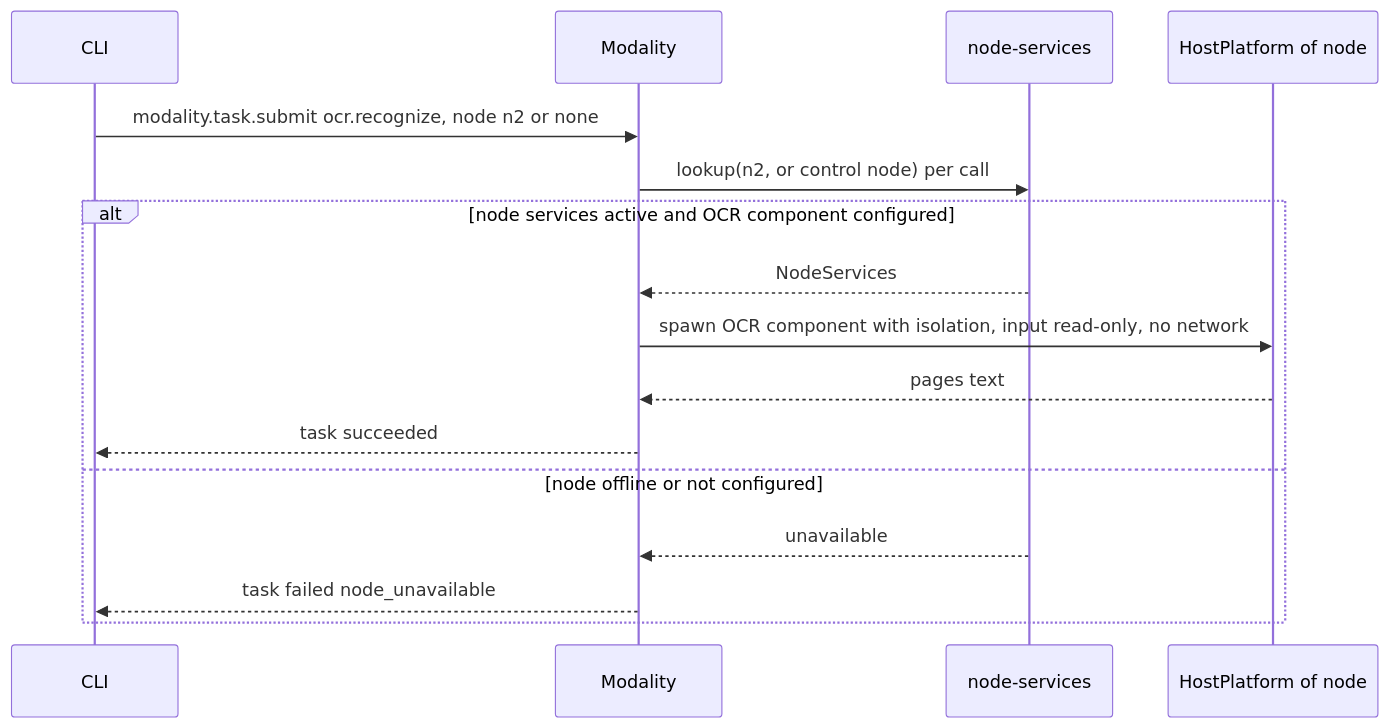
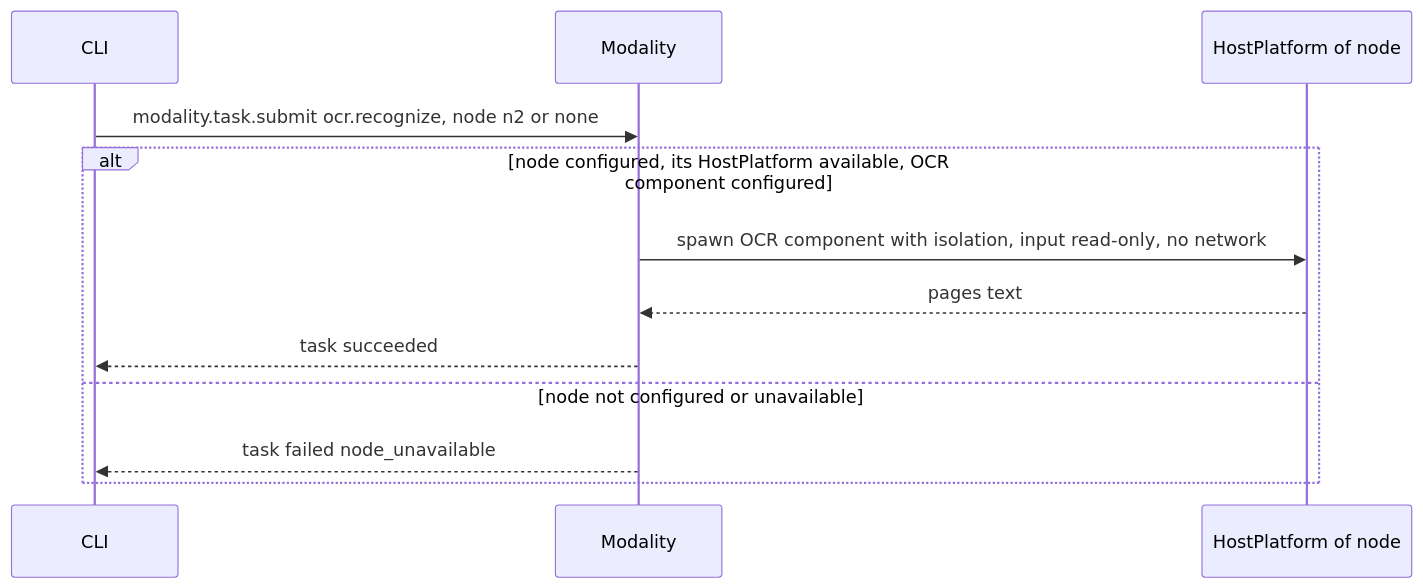
The fourth of 6 diagrams in docs/design/plugins/Modality.md (CoutinhoTTS/dim-agent), drawn with Mermaid before and after one commit. The commit also changed other lines of this file and 2 other files, not shown here.

Commit message:
docs(design): rescope Modality, PluginManager and RemoteGateway per ADR 002

````diff
--- a/docs/design/plugins/Modality.md
+++ b/docs/design/plugins/Modality.md
@@ -114,18 +109,14 @@
 ```mermaid
 sequenceDiagram
   participant C as CLI
   participant D as Modality
-  participant X as node-services
   participant H as HostPlatform of node
   C->>D: modality.task.submit ocr.recognize, node n2 or none
-  D->>X: lookup(n2, or control node) per call
-  alt node services active and OCR component configured
-    X-->>D: NodeServices
+  alt node configured, its HostPlatform available, OCR component configured
     D->>H: spawn OCR component with isolation, input read-only, no network
     H-->>D: pages text
     D-->>C: task succeeded
-  else node offline or not configured
-    X-->>D: unavailable
+  else node not configured or unavailable
     D-->>C: task failed node_unavailable
   end
 ```
````
